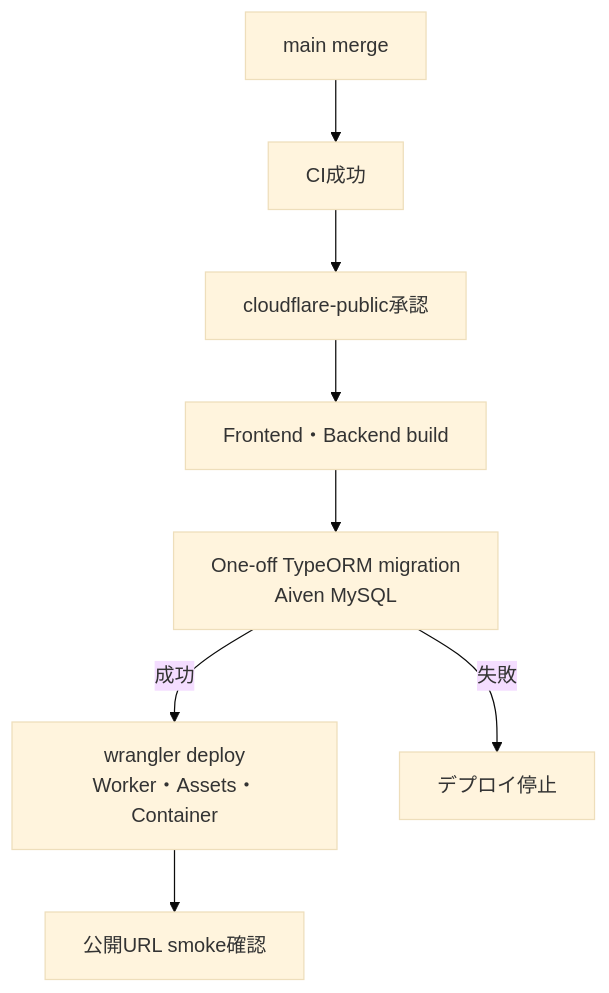
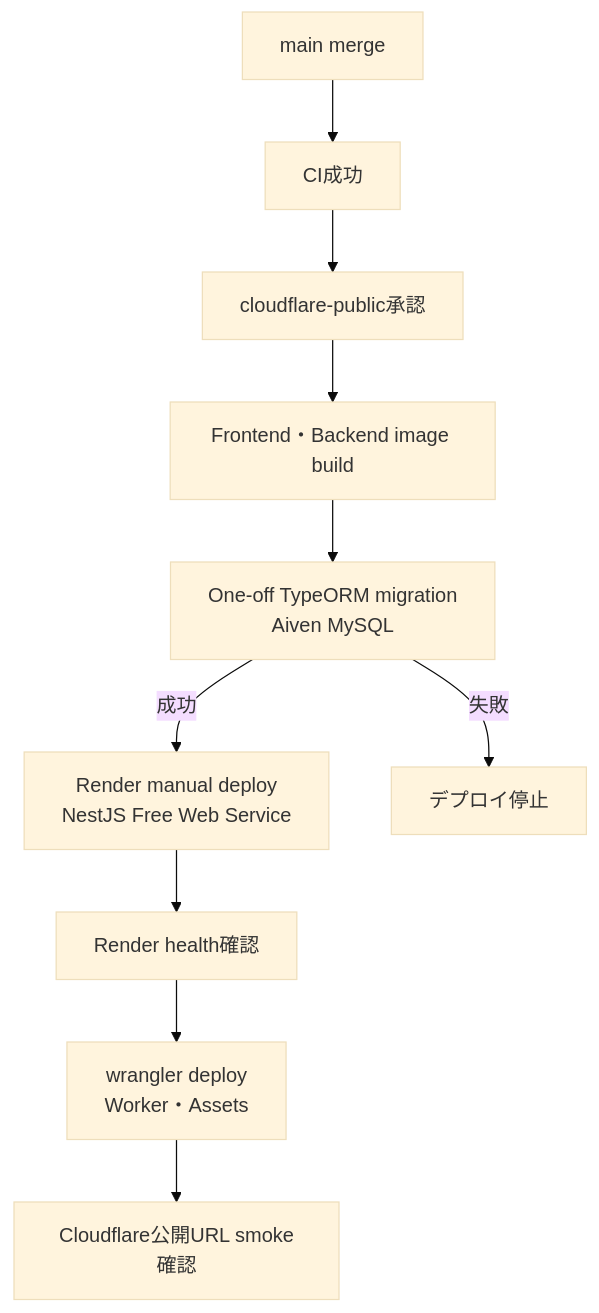
Before and after one commit to Hiroyuki-12/FieldFlow: the second of 3 diagrams in docs/design/ci-cd.md, drawn with Mermaid (base theme). The commit also changed other lines of this file and 65 other files, not shown here.

````diff
--- a/docs/design/ci-cd.md
+++ b/docs/design/ci-cd.md
@@ -66,10 +75,12 @@
 ```mermaid
 flowchart TD
     M[main merge] --> CI[CI成功]
     CI --> A[cloudflare-public承認]
-    A --> BUILD[Frontend・Backend build]
+    A --> BUILD[Frontend・Backend image build]
     BUILD --> MIG[One-off TypeORM migration<br/>Aiven MySQL]
-    MIG -->|成功| DEPLOY[wrangler deploy<br/>Worker・Assets・Container]
+    MIG -->|成功| RENDER[Render manual deploy<br/>NestJS Free Web Service]
     MIG -->|失敗| STOP[デプロイ停止]
-    DEPLOY --> SMOKE[公開URL smoke確認]
+    RENDER --> HC[Render health確認]
+    HC --> DEPLOY[wrangler deploy<br/>Worker・Assets]
+    DEPLOY --> SMOKE[Cloudflare公開URL smoke確認]
 ```
````
